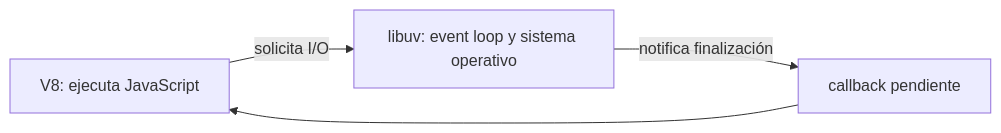
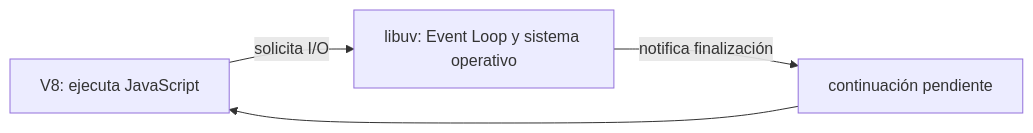
One commit to NICORUIZ93/The_Imperial_Book changed the first of 2 diagrams in web/public/content/node/modulo-0.md. Above: the diagram before and after it, drawn with Mermaid. The commit also changed other lines of this file and 33 other files, not shown here.

````diff
--- a/web/public/content/node/modulo-0.md
+++ b/web/public/content/node/modulo-0.md
@@ -45,5 +41,5 @@
 ```mermaid
 flowchart LR
-    V8["V8: ejecuta JavaScript"] -->|"solicita I/O"| LIBUV["libuv: event loop y sistema operativo"]
-    LIBUV -->|"notifica finalización"| QUEUE["callback pendiente"] --> V8
+    V8["V8: ejecuta JavaScript"] -->|"solicita I/O"| LIBUV["libuv: Event Loop y sistema operativo"]
+    LIBUV -->|"notifica finalización"| QUEUE["continuación pendiente"] --> V8
 ```
````
